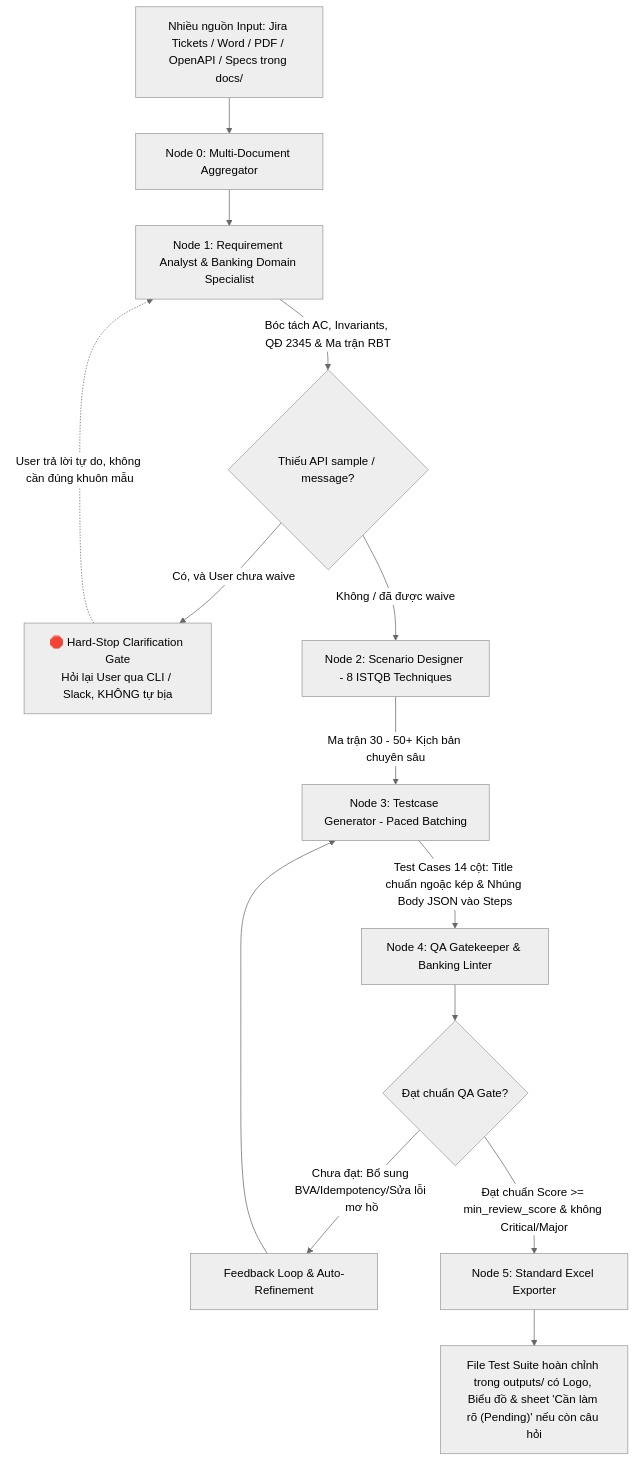
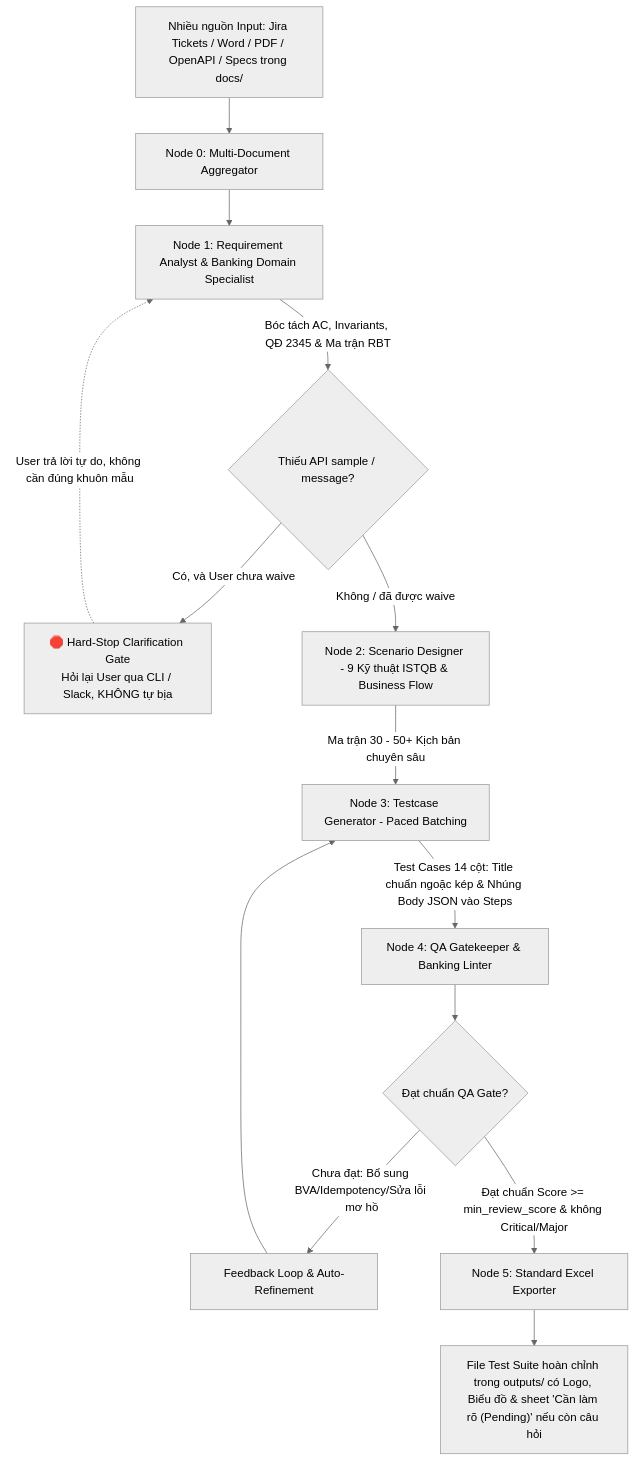
One commit to gary1633/qa-ai-gen-testcase changed the diagram in README.md. Above: the diagram before and after it, drawn with Mermaid (neutral theme). The commit also changed other lines of this file and 23 other files, not shown here.

````diff
--- a/README.md
+++ b/README.md
@@ -26,16 +27,16 @@
 ```mermaid
 flowchart TD
     A[Nhiều nguồn Input: Jira Tickets / Word / PDF / OpenAPI / Specs trong docs/] --> B[Node 0: Multi-Document Aggregator]
     B --> C[Node 1: Requirement Analyst & Banking Domain Specialist]
     C -->|Bóc tách AC, Invariants, QĐ 2345 & Ma trận RBT| CG{Thiếu API sample / message?}
     CG -- Có, và User chưa waive --> STOP[🛑 Hard-Stop Clarification Gate<br/>Hỏi lại User qua CLI / Slack, KHÔNG tự bịa]
     STOP -.User trả lời tự do, không cần đúng khuôn mẫu.-> C
-    CG -- Không / đã được waive --> D[Node 2: Scenario Designer - 8 ISTQB Techniques]
+    CG -- Không / đã được waive --> D[Node 2: Scenario Designer - 9 Kỹ thuật ISTQB & Business Flow]
     D -->|Ma trận 30 - 50+ Kịch bản chuyên sâu| E[Node 3: Testcase Generator - Paced Batching]
     E -->|Test Cases 14 cột: Title chuẩn ngoặc kép & Nhúng Body JSON vào Steps| F[Node 4: QA Gatekeeper & Banking Linter]
     F --> G{Đạt chuẩn QA Gate?}
     G -- Chưa đạt: Bổ sung BVA/Idempotency/Sửa lỗi mơ hồ --> H[Feedback Loop & Auto-Refinement]
     H --> E
     G -- Đạt chuẩn Score >= min_review_score & không Critical/Major --> I[Node 5: Standard Excel Exporter]
     I --> J["File Test Suite hoàn chỉnh trong outputs/ có Logo, Biểu đồ & sheet 'Cần làm rõ (Pending)' nếu còn câu hỏi"]
 ```
````
